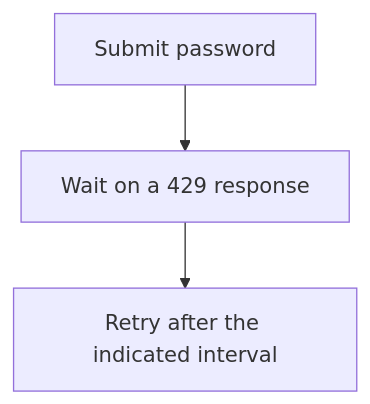
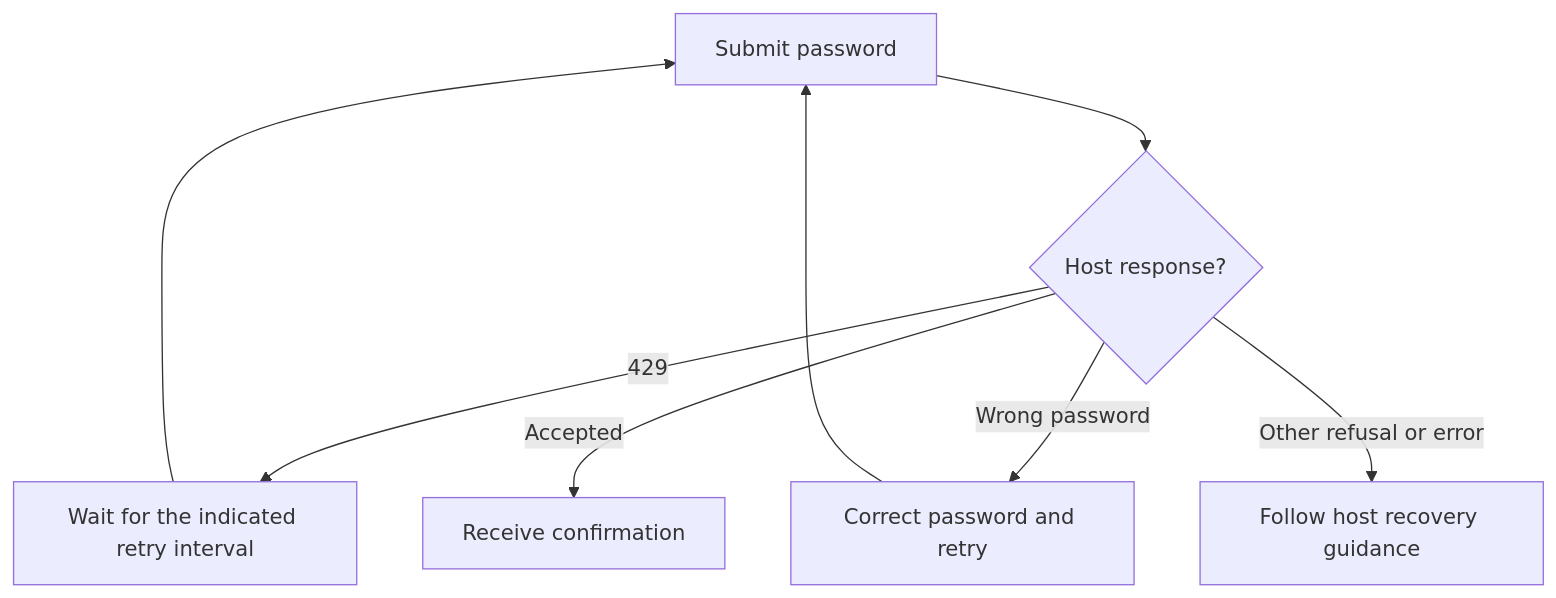
The first of 2 diagrams in user-stories/US-CONFIRM-06-recover-from-throttling.md (Kevinjohn/oss-adonisjs-confirm-action-with-password), drawn with Mermaid before and after one commit. The commit also changed other lines of this file and 7 other files, not shown here.

Commit message:
docs: verify user story paths and Mermaid flows against implementation

````diff
--- a/user-stories/US-CONFIRM-06-recover-from-throttling.md
+++ b/user-stories/US-CONFIRM-06-recover-from-throttling.md
@@ -20,5 +20,10 @@
 ```mermaid
 flowchart TD
-    A["Submit password"] --> B["Wait on a 429 response"]
-    B --> C["Retry after the indicated interval"]
+    A["Submit password"] --> B{"Host response?"}
+    B -->|429| C["Wait for the indicated retry interval"]
+    C --> A
+    B -->|Wrong password| D["Correct password and retry"]
+    D --> A
+    B -->|Accepted| E["Receive confirmation"]
+    B -->|Other refusal or error| F["Follow host recovery guidance"]
 ```
````
